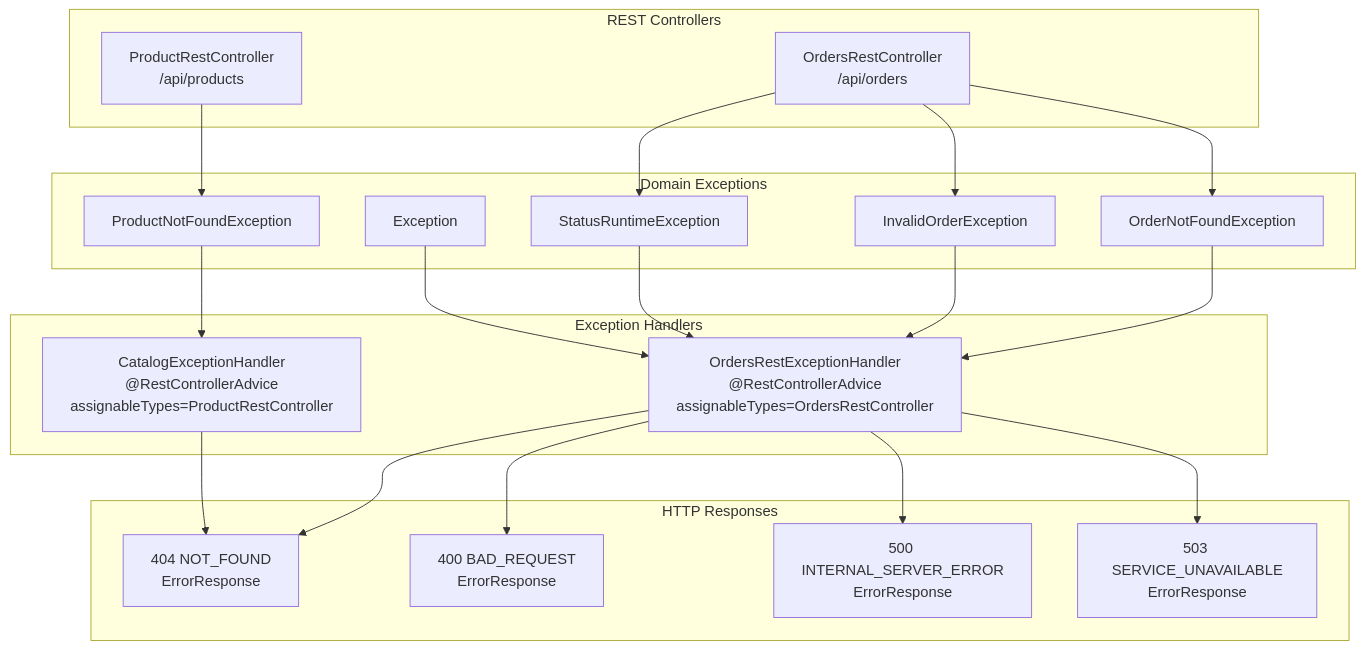
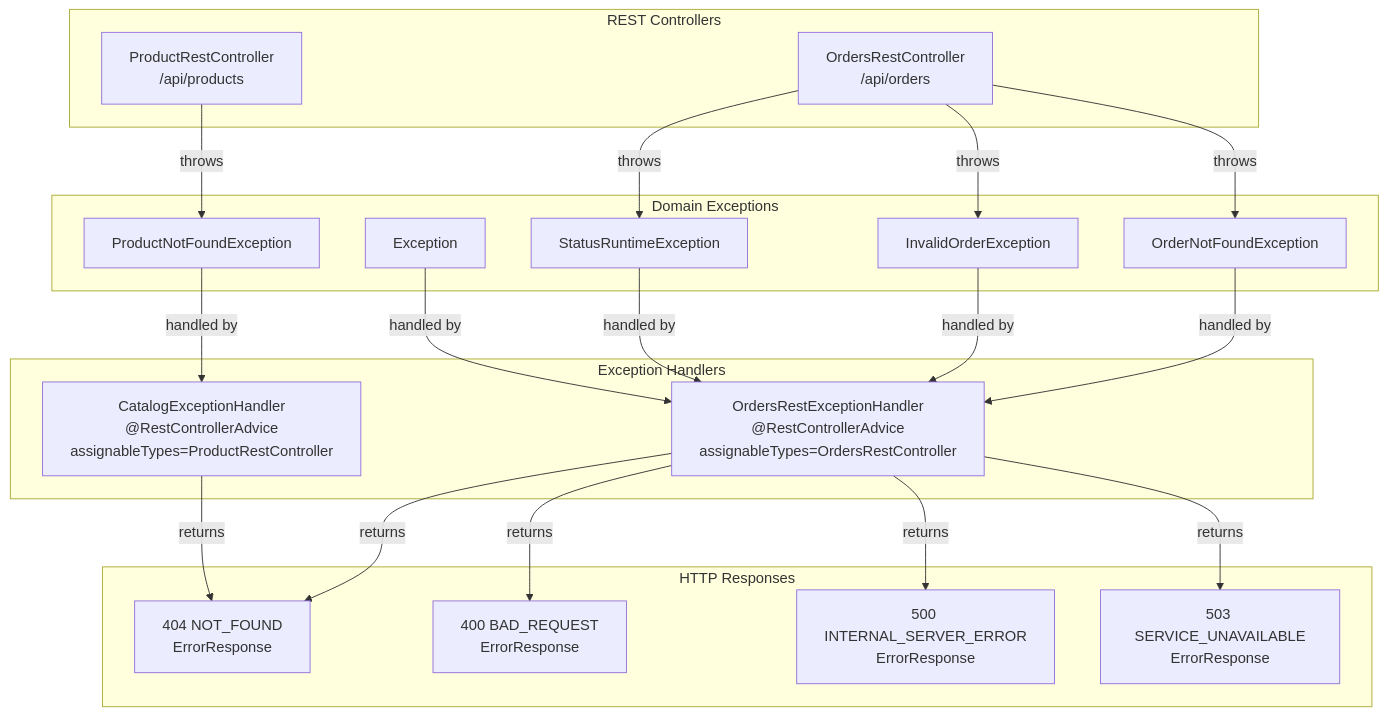
Before and after one commit to philipz/spring-modular-monolith: the first of 4 diagrams in docs/deepwiki/Exception-Handling-and-Error-Responses.md, drawn with Mermaid. The commit also changed other lines of this file and 55 other files, not shown here.

````diff
--- a/docs/deepwiki/Exception-Handling-and-Error-Responses.md
+++ b/docs/deepwiki/Exception-Handling-and-Error-Responses.md
@@ -57,57 +57,57 @@
 ```mermaid
 flowchart TD
 
 OrdersRC["OrdersRestController<br>/api/orders"]
 ProductRC["ProductRestController<br>/api/products"]
 OrdersEH["OrdersRestExceptionHandler<br>@RestControllerAdvice<br>assignableTypes=OrdersRestController"]
 CatalogEH["CatalogExceptionHandler<br>@RestControllerAdvice<br>assignableTypes=ProductRestController"]
 OrderNotFound["OrderNotFoundException"]
 InvalidOrder["InvalidOrderException"]
 ProductNotFound["ProductNotFoundException"]
 GrpcStatus["StatusRuntimeException"]
 GenericEx["Exception"]
 HTTP404["404 NOT_FOUND<br>ErrorResponse"]
 HTTP400["400 BAD_REQUEST<br>ErrorResponse"]
 HTTP500["500 INTERNAL_SERVER_ERROR<br>ErrorResponse"]
 HTTP503["503 SERVICE_UNAVAILABLE<br>ErrorResponse"]
 
-OrdersRC --> OrderNotFound
-OrdersRC --> InvalidOrder
-OrdersRC --> GrpcStatus
-ProductRC --> ProductNotFound
-OrderNotFound --> OrdersEH
-InvalidOrder --> OrdersEH
-GrpcStatus --> OrdersEH
-GenericEx --> OrdersEH
-ProductNotFound --> CatalogEH
-OrdersEH --> HTTP404
-OrdersEH --> HTTP400
-OrdersEH --> HTTP500
-OrdersEH --> HTTP503
-CatalogEH --> HTTP404
+OrdersRC -->|"throws"| OrderNotFound
+OrdersRC -->|"throws"| InvalidOrder
+OrdersRC -->|"throws"| GrpcStatus
+ProductRC -->|"throws"| ProductNotFound
+OrderNotFound -->|"handled by"| OrdersEH
+InvalidOrder -->|"handled by"| OrdersEH
+GrpcStatus -->|"handled by"| OrdersEH
+GenericEx -->|"handled by"| OrdersEH
+ProductNotFound -->|"handled by"| CatalogEH
+OrdersEH -->|"returns"| HTTP404
+OrdersEH -->|"returns"| HTTP400
+OrdersEH -->|"returns"| HTTP500
+OrdersEH -->|"returns"| HTTP503
+CatalogEH -->|"returns"| HTTP404
 
 subgraph subGraph3 ["HTTP Responses"]
     HTTP404
     HTTP400
     HTTP500
     HTTP503
 end
 
 subgraph subGraph2 ["Domain Exceptions"]
     OrderNotFound
     InvalidOrder
     ProductNotFound
     GrpcStatus
     GenericEx
 end
 
 subgraph subGraph1 ["Exception Handlers"]
     OrdersEH
     CatalogEH
 end
 
 subgraph subGraph0 ["REST Controllers"]
     OrdersRC
     ProductRC
 end
 ```
````
